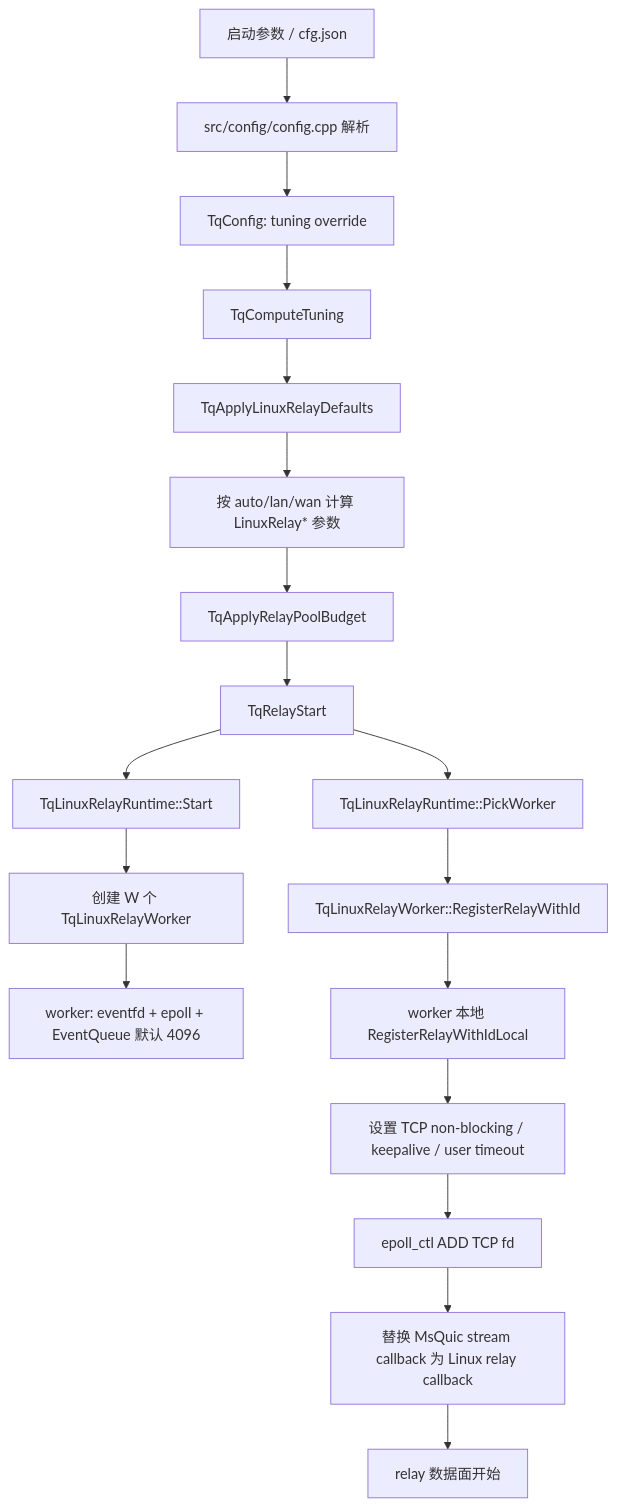
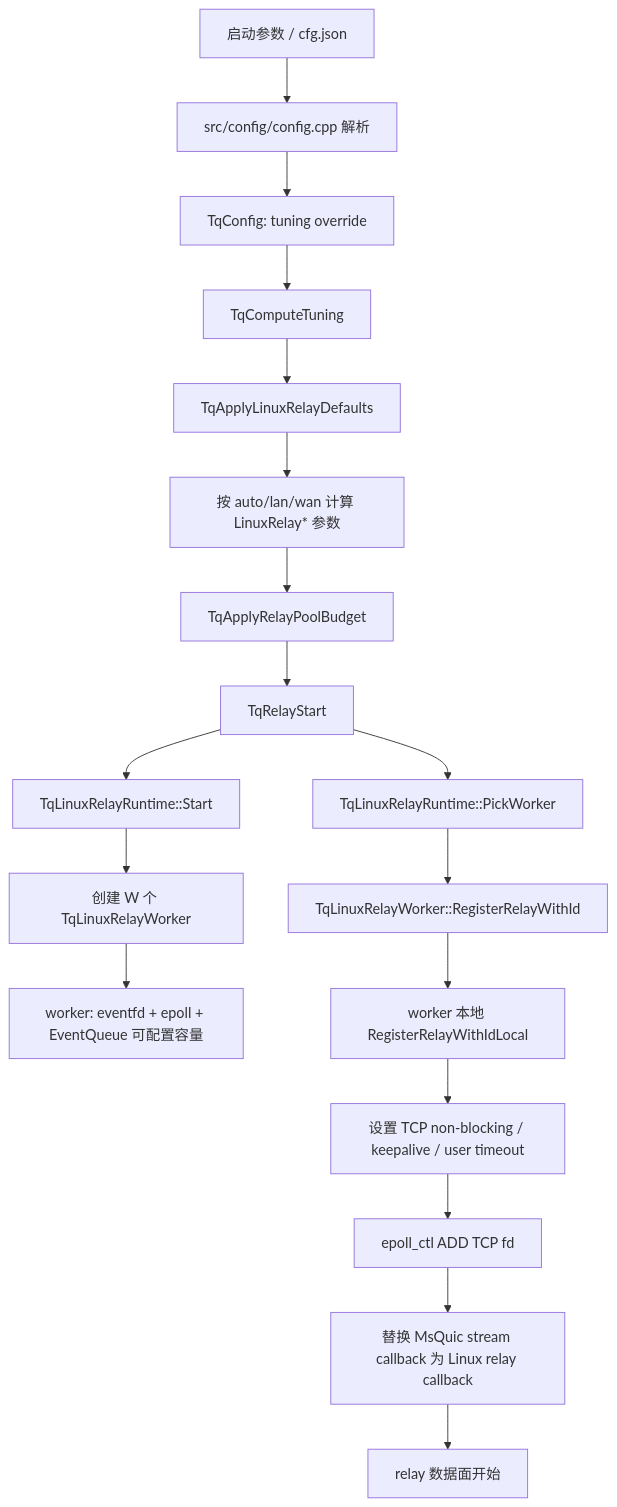
Before and after one commit to jack2007/tcpquic-proxy: the first of 3 diagrams in docs/relay_linux.md, drawn with Mermaid. The commit also changed other lines of this file and 16 other files, not shown here.

Commit message:
Add Linux relay event queue tuning

````diff
--- a/docs/relay_linux.md
+++ b/docs/relay_linux.md
@@ -27,20 +27,20 @@
 ```mermaid
 flowchart TD
     A[启动参数 / cfg.json] --> B[src/config/config.cpp 解析]
     B --> C[TqConfig: tuning override]
     C --> D[TqComputeTuning]
     D --> E[TqApplyLinuxRelayDefaults]
     E --> F[按 auto/lan/wan 计算 LinuxRelay* 参数]
     F --> G[TqApplyRelayPoolBudget]
     G --> H[TqRelayStart]
     H --> I[TqLinuxRelayRuntime::Start]
     I --> J[创建 W 个 TqLinuxRelayWorker]
-    J --> K[worker: eventfd + epoll + EventQueue 默认 4096]
+    J --> K[worker: eventfd + epoll + EventQueue 可配置容量]
     H --> L[TqLinuxRelayRuntime::PickWorker]
     L --> M[TqLinuxRelayWorker::RegisterRelayWithId]
     M --> N[worker 本地 RegisterRelayWithIdLocal]
     N --> O[设置 TCP non-blocking / keepalive / user timeout]
     O --> P[epoll_ctl ADD TCP fd]
     P --> Q[替换 MsQuic stream callback 为 Linux relay callback]
     Q --> R[relay 数据面开始]
 ```
````
